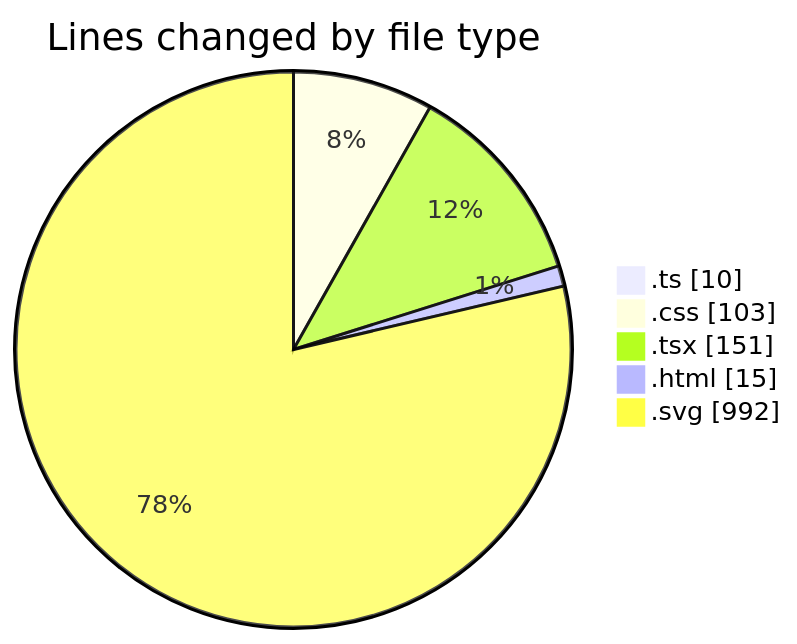
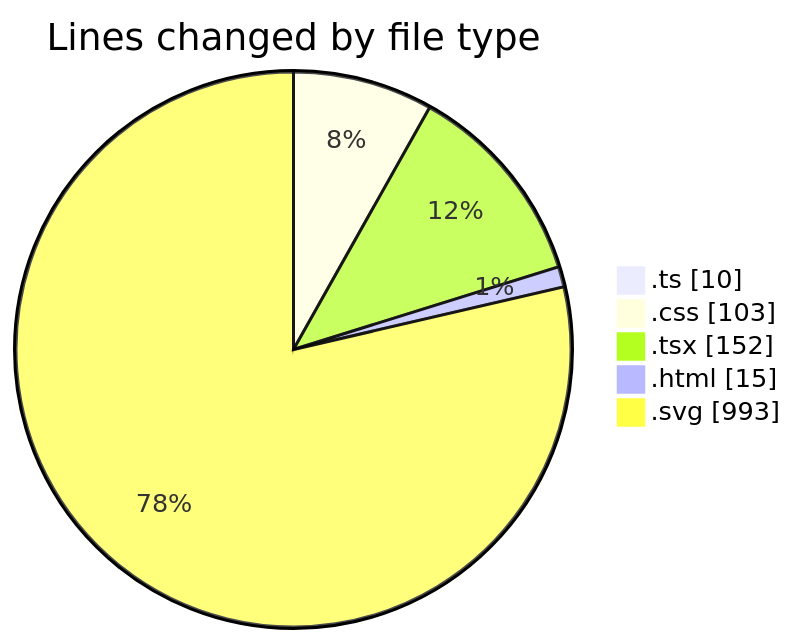
Before and after one commit to EIIisD/code-tracking: the first of 2 diagrams in 2025-07-31/tw-server/README.md, drawn with Mermaid. The commit also changed other lines of this file and 1 other file, not shown here.

````diff
--- a/2025-07-31/tw-server/README.md
+++ b/2025-07-31/tw-server/README.md
@@ -34,9 +34,9 @@
 ```mermaid
 pie showData
 title Lines changed by file type
 ".ts" : 10
 ".css" : 103
-".tsx" : 151
+".tsx" : 152
 ".html" : 15
-".svg" : 992
+".svg" : 993
 ```
````
